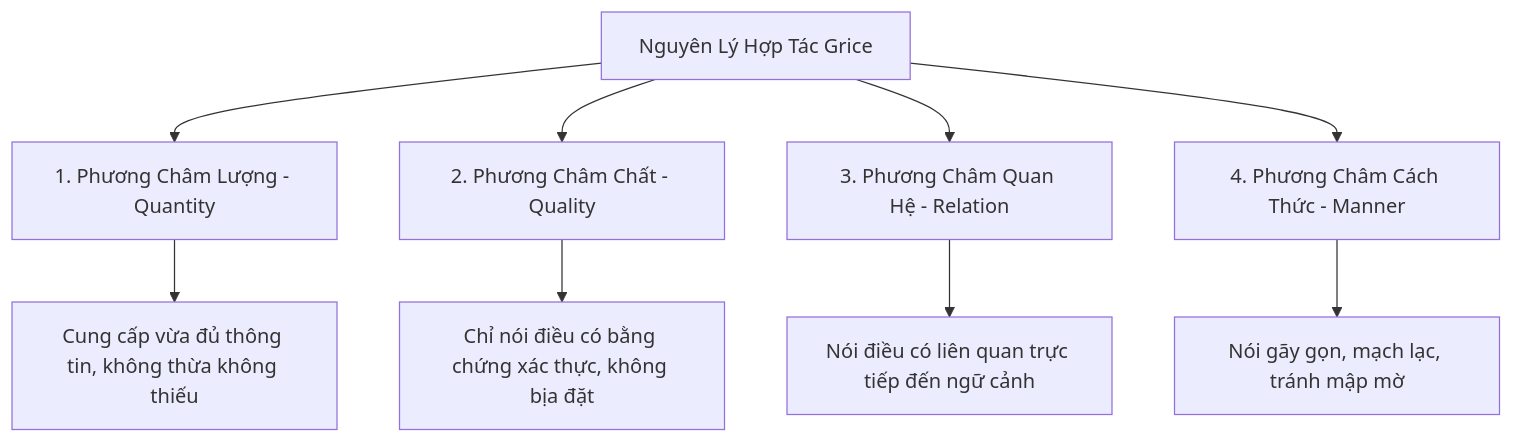
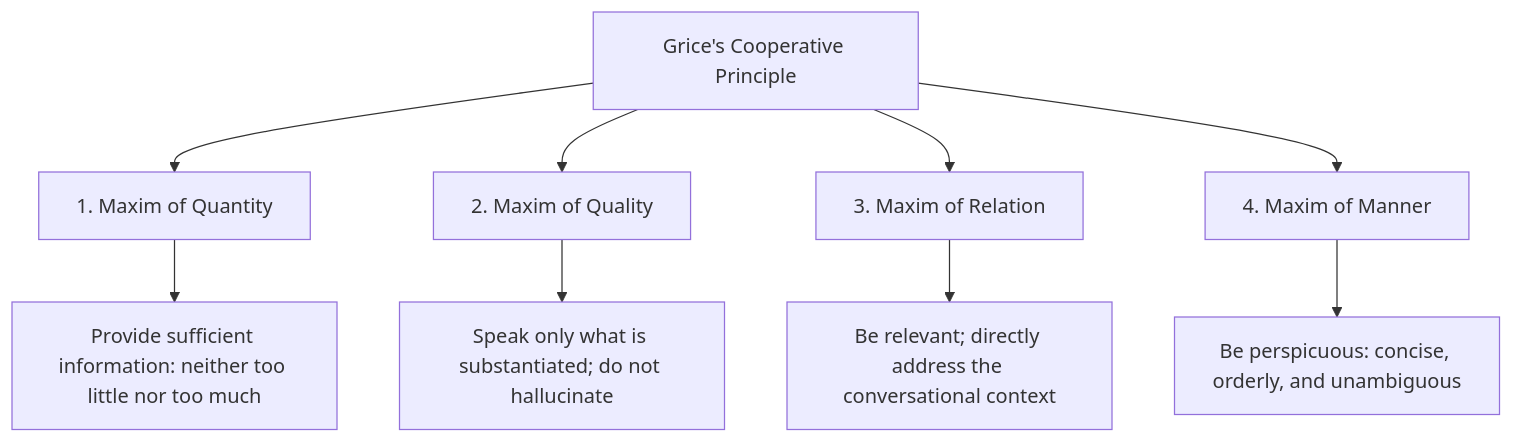
One commit to jangtrinh/design-os-voice-ux changed the diagram in 01-foundations/conversational-psychology.md. Above: the diagram before and after it, drawn with Mermaid. The commit also changed other lines of this file and 41 other files, not shown here.

````diff
--- a/01-foundations/conversational-psychology.md
+++ b/01-foundations/conversational-psychology.md
@@ -11,12 +11,12 @@
 ```mermaid
 graph TD
-    G[Nguyên Lý Hợp Tác Grice] --> M1[1. Phương Châm Lượng - Quantity]
-    G --> M2[2. Phương Châm Chất - Quality]
-    G --> M3[3. Phương Châm Quan Hệ - Relation]
-    G --> M4[4. Phương Châm Cách Thức - Manner]
+    G[Grice's Cooperative Principle] --> M1[1. Maxim of Quantity]
+    G --> M2[2. Maxim of Quality]
+    G --> M3[3. Maxim of Relation]
+    G --> M4[4. Maxim of Manner]
 
-    M1 --> D1["Cung cấp vừa đủ thông tin, không thừa không thiếu"]
-    M2 --> D2["Chỉ nói điều có bằng chứng xác thực, không bịa đặt"]
-    M3 --> D3["Nói điều có liên quan trực tiếp đến ngữ cảnh"]
-    M4 --> D4["Nói gãy gọn, mạch lạc, tránh mập mờ"]
+    M1 --> D1["Provide sufficient information: neither too little nor too much"]
+    M2 --> D2["Speak only what is substantiated; do not hallucinate"]
+    M3 --> D3["Be relevant; directly address the conversational context"]
+    M4 --> D4["Be perspicuous: concise, orderly, and unambiguous"]
 ```
````
